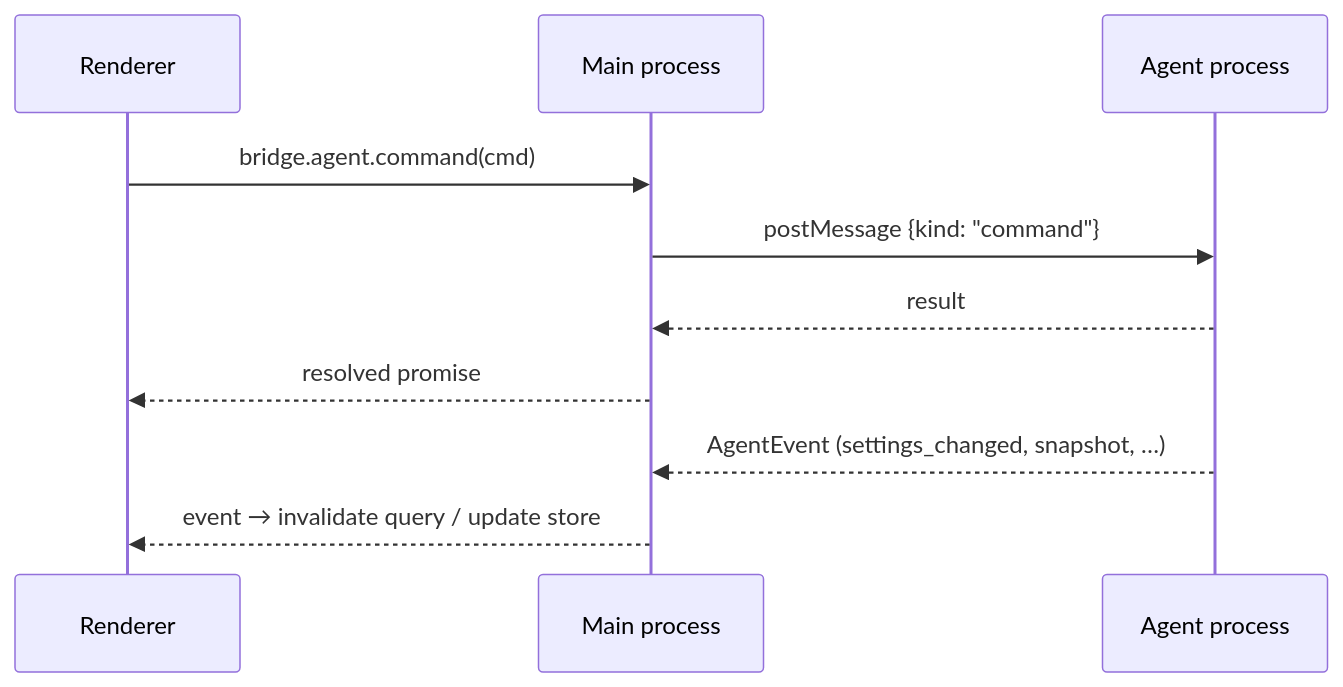
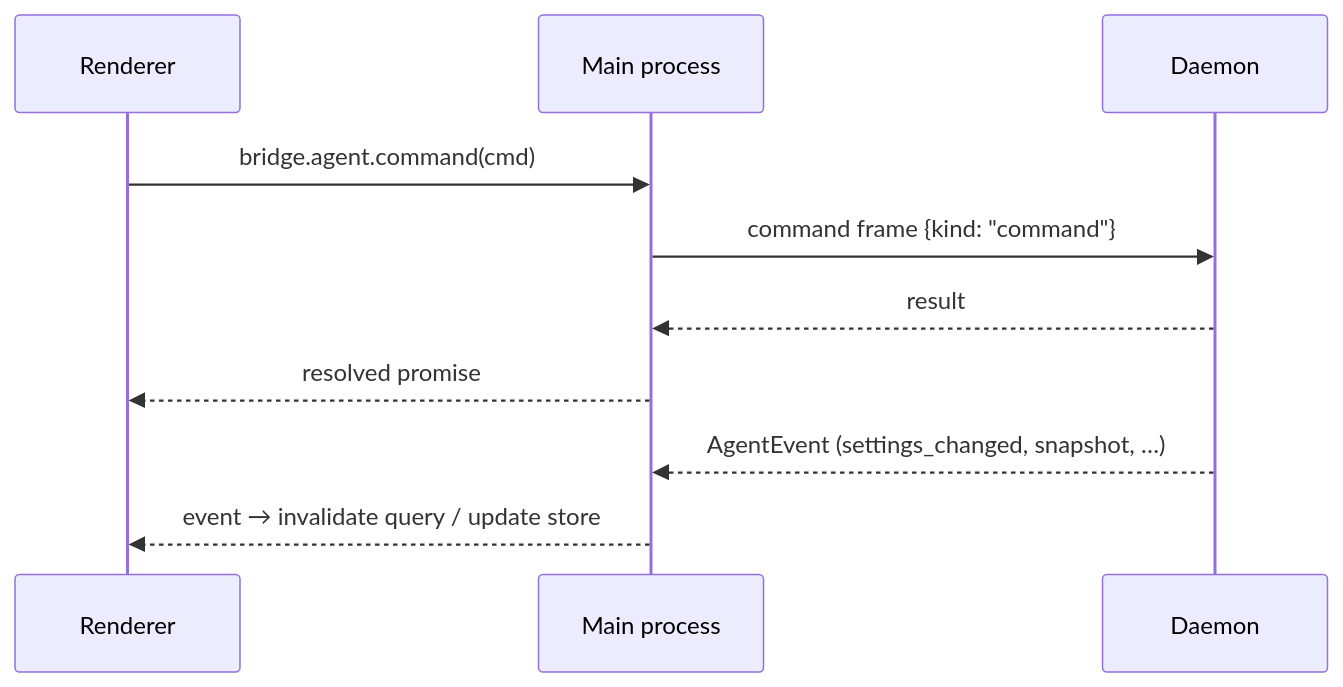
One commit to pp-techs/pp-agent changed the diagram in docs/code-standard/renderer-patterns.md. Above: the diagram before and after it, drawn with Mermaid. The commit also changed other lines of this file and 167 other files, not shown here.

First line of the commit message:
feat(agent): run the agent in a background daemon and add a Telegram channel (#16)

````diff
--- a/docs/code-standard/renderer-patterns.md
+++ b/docs/code-standard/renderer-patterns.md
@@ -19,12 +19,12 @@
 ```mermaid
 sequenceDiagram
   participant R as Renderer
   participant M as Main process
-  participant A as Agent process
+  participant A as Daemon
   R->>M: bridge.agent.command(cmd)
-  M->>A: postMessage {kind: "command"}
+  M->>A: command frame {kind: "command"}
   A-->>M: result
   M-->>R: resolved promise
   A-->>M: AgentEvent (settings_changed, snapshot, …)
   M-->>R: event → invalidate query / update store
 ```
````
